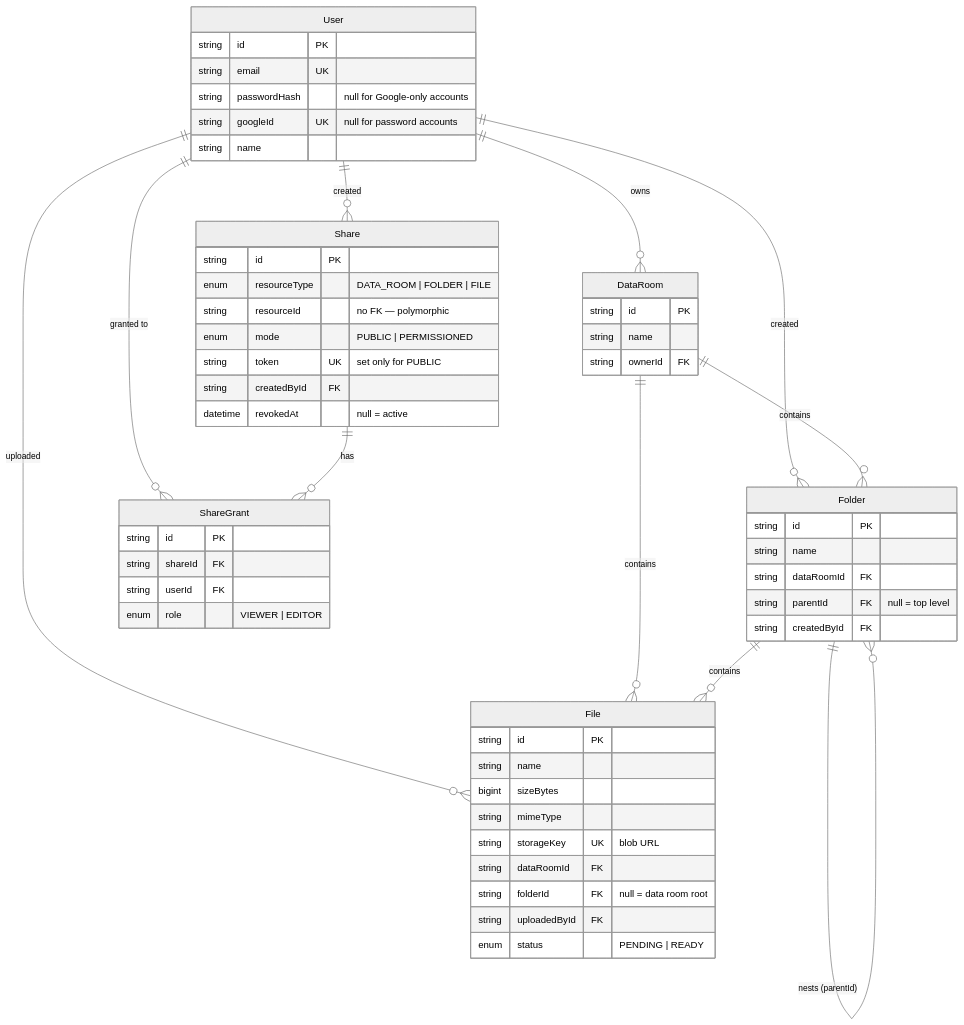
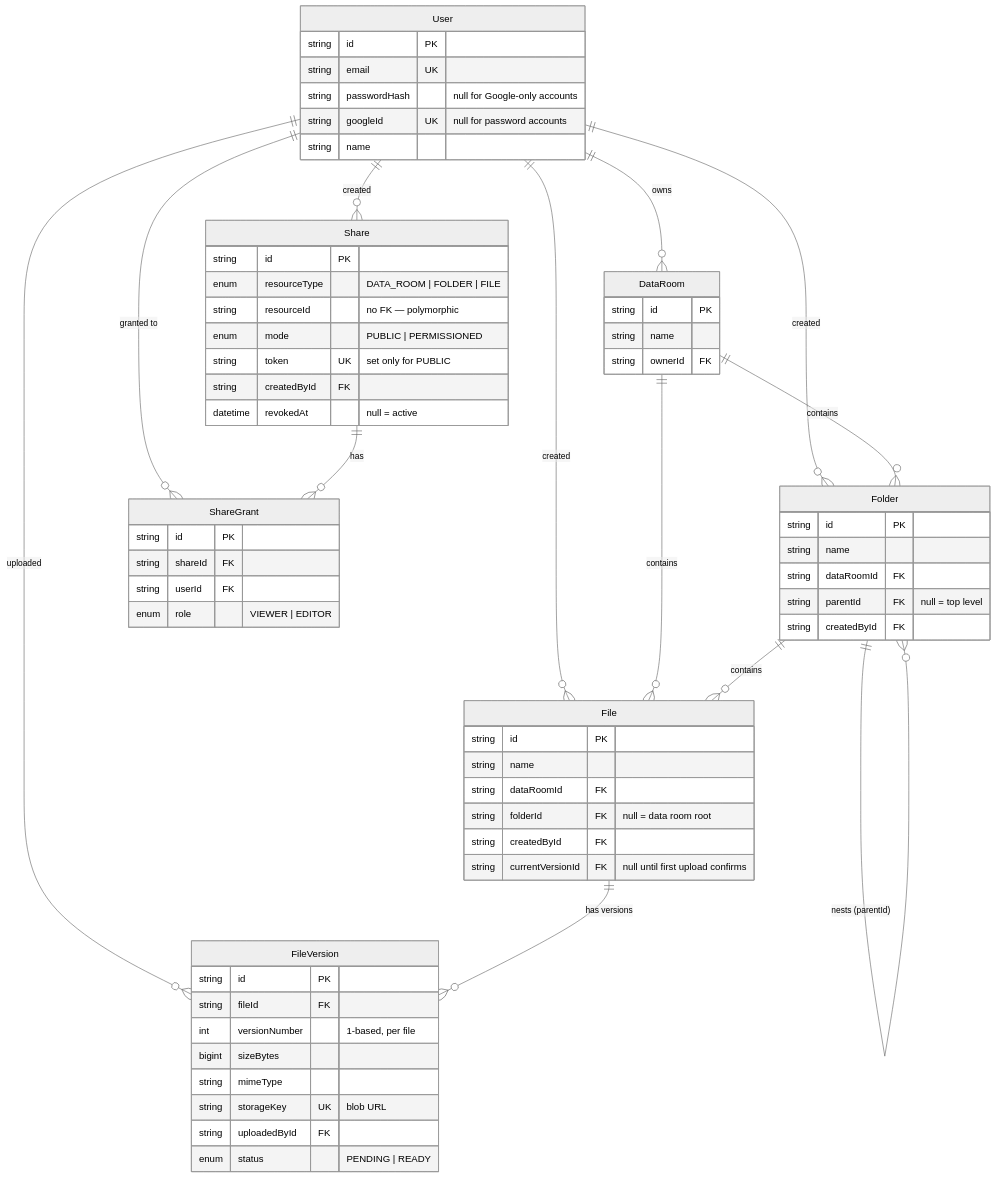
The diagram in README.md (onridge/data-room), drawn with Mermaid (neutral theme) before and after one commit. The commit also changed other lines of this file and 11 other files, not shown here.

````diff
--- a/README.md
+++ b/README.md
@@ -143,59 +148,68 @@
 ```mermaid
 erDiagram
     User ||--o{ DataRoom : owns
     User ||--o{ Folder : created
-    User ||--o{ File : uploaded
+    User ||--o{ File : created
+    User ||--o{ FileVersion : uploaded
     User ||--o{ Share : created
     User ||--o{ ShareGrant : "granted to"
     DataRoom ||--o{ Folder : contains
     DataRoom ||--o{ File : contains
     Folder ||--o{ Folder : "nests (parentId)"
     Folder ||--o{ File : contains
+    File ||--o{ FileVersion : "has versions"
     Share ||--o{ ShareGrant : has
 
     User {
         string id PK
         string email UK
         string passwordHash "null for Google-only accounts"
         string googleId UK "null for password accounts"
         string name
     }
     DataRoom {
         string id PK
         string name
         string ownerId FK
     }
     Folder {
         string id PK
         string name
         string dataRoomId FK
         string parentId FK "null = top level"
         string createdById FK
     }
     File {
         string id PK
         string name
+        string dataRoomId FK
+        string folderId FK "null = data room root"
+        string createdById FK
+        string currentVersionId FK "null until first upload confirms"
+    }
+    FileVersion {
+        string id PK
+        string fileId FK
+        int versionNumber "1-based, per file"
         bigint sizeBytes
         string mimeType
         string storageKey UK "blob URL"
-        string dataRoomId FK
-        string folderId FK "null = data room root"
         string uploadedById FK
         enum status "PENDING | READY"
     }
     Share {
         string id PK
         enum resourceType "DATA_ROOM | FOLDER | FILE"
         string resourceId "no FK — polymorphic"
         enum mode "PUBLIC | PERMISSIONED"
         string token UK "set only for PUBLIC"
         string createdById FK
         datetime revokedAt "null = active"
     }
     ShareGrant {
         string id PK
         string shareId FK
         string userId FK
         enum role "VIEWER | EDITOR"
     }
 ```
````
